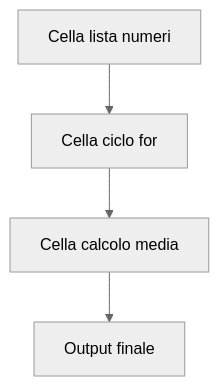
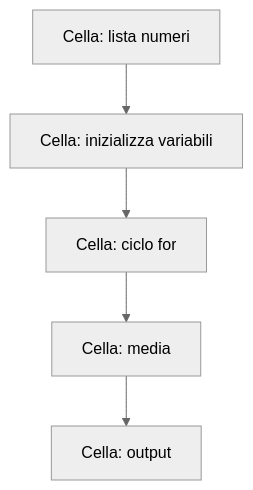
Before and after one commit to lucadagati/Lab_Fondamenti_di_Informatica_25_26: the third of 20 diagrams in 04-python-jupyter-analisi-biomedica/README.md, drawn with Mermaid (neutral theme). The commit also changed other lines of this file, not shown here.

First line of the commit message:
README Lab 4: aggiunge testo esercizi e flow più espliciti

````diff
--- a/04-python-jupyter-analisi-biomedica/README.md
+++ b/04-python-jupyter-analisi-biomedica/README.md
@@ -92,6 +106,7 @@
 ```mermaid
 flowchart TD
-    A[Cella lista numeri] --> B[Cella ciclo for]
-    B --> C[Cella calcolo media]
-    C --> D[Output finale]
+    A[Cella: lista numeri] --> B[Cella: inizializza variabili]
+    B --> C[Cella: ciclo for]
+    C --> D[Cella: media]
+    D --> E[Cella: output]
 ```
````
